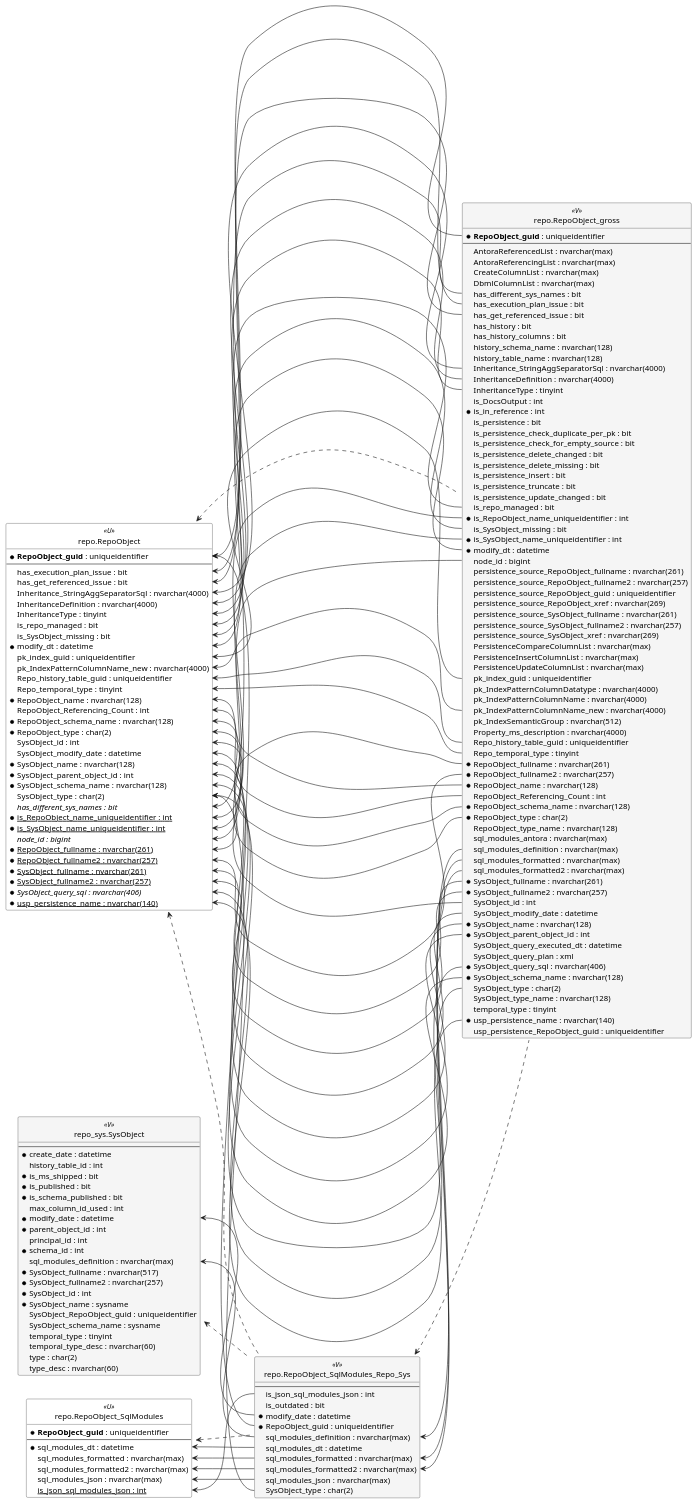
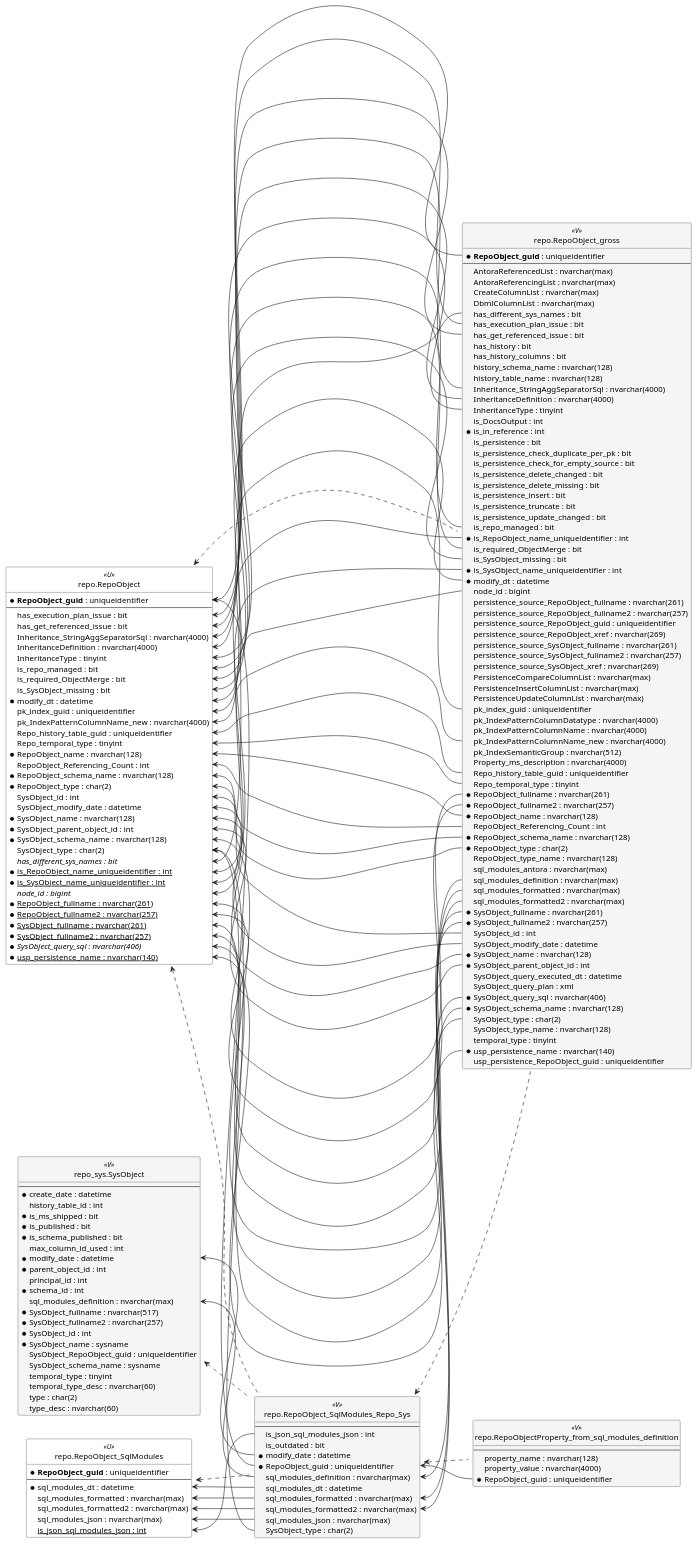
The diagram in docs/modules/sqldb/partials/puml/entity_1_1_colref/repo.RepoObject_SqlModules_Repo_Sys.puml (DataHandwerk/dhw-antora-docs), drawn with PlantUML before and after one commit. The commit also changed 2449 other files, not shown here.

```diff
--- a/docs/modules/sqldb/partials/puml/entity_1_1_colref/repo.RepoObject_SqlModules_Repo_Sys.puml
+++ b/docs/modules/sqldb/partials/puml/entity_1_1_colref/repo.RepoObject_SqlModules_Repo_Sys.puml
@@ -32,6 +32,7 @@
   InheritanceDefinition : nvarchar(4000)
   InheritanceType : tinyint
   is_repo_managed : bit
+  is_required_ObjectMerge : bit
   is_SysObject_missing : bit
   * modify_dt : datetime
   pk_index_guid : uniqueidentifier
@@ -89,6 +90,7 @@
   is_persistence_update_changed : bit
   is_repo_managed : bit
   * is_RepoObject_name_uniqueidentifier : int
+  is_required_ObjectMerge : bit
   is_SysObject_missing : bit
   * is_SysObject_name_uniqueidentifier : int
   * modify_dt : datetime
@@ -163,6 +165,13 @@
   SysObject_type : char(2)
 }
 
+entity repo.RepoObjectProperty_from_sql_modules_definition << V >> {
+  --
+  property_name : nvarchar(128)
+  property_value : nvarchar(4000)
+  * RepoObject_guid : uniqueidentifier
+}
+
 entity repo_sys.SysObject << V >> {
   --
   * create_date : datetime
@@ -192,6 +201,7 @@
 repo.RepoObject <.. repo.RepoObject_gross
 repo.RepoObject_SqlModules <.. repo.RepoObject_SqlModules_Repo_Sys
 repo.RepoObject_SqlModules_Repo_Sys <.. repo.RepoObject_gross
+repo.RepoObject_SqlModules_Repo_Sys <.. repo.RepoObjectProperty_from_sql_modules_definition
 repo_sys.SysObject <.. repo.RepoObject_SqlModules_Repo_Sys
 repo.RepoObject::has_different_sys_names <-- repo.RepoObject_gross::has_different_sys_names
 repo.RepoObject::has_execution_plan_issue <-- repo.RepoObject_gross::has_execution_plan_issue
@@ -201,6 +211,7 @@
 repo.RepoObject::InheritanceType <-- repo.RepoObject_gross::InheritanceType
 repo.RepoObject::is_repo_managed <-- repo.RepoObject_gross::is_repo_managed
 repo.RepoObject::is_RepoObject_name_uniqueidentifier <-- repo.RepoObject_gross::is_RepoObject_name_uniqueidentifier
+repo.RepoObject::is_required_ObjectMerge <-- repo.RepoObject_gross::is_required_ObjectMerge
 repo.RepoObject::is_SysObject_missing <-- repo.RepoObject_gross::is_SysObject_missing
 repo.RepoObject::is_SysObject_name_uniqueidentifier <-- repo.RepoObject_gross::is_SysObject_name_uniqueidentifier
 repo.RepoObject::modify_dt <-- repo.RepoObject_gross::modify_dt
@@ -233,6 +244,7 @@
 repo.RepoObject_SqlModules::sql_modules_formatted <-- repo.RepoObject_SqlModules_Repo_Sys::sql_modules_formatted
 repo.RepoObject_SqlModules::sql_modules_formatted2 <-- repo.RepoObject_SqlModules_Repo_Sys::sql_modules_formatted2
 repo.RepoObject_SqlModules::sql_modules_json <-- repo.RepoObject_SqlModules_Repo_Sys::sql_modules_json
+repo.RepoObject_SqlModules_Repo_Sys::RepoObject_guid <-- repo.RepoObjectProperty_from_sql_modules_definition::RepoObject_guid
 repo.RepoObject_SqlModules_Repo_Sys::sql_modules_definition <-- repo.RepoObject_gross::sql_modules_definition
 repo.RepoObject_SqlModules_Repo_Sys::sql_modules_formatted <-- repo.RepoObject_gross::sql_modules_formatted
 repo.RepoObject_SqlModules_Repo_Sys::sql_modules_formatted2 <-- repo.RepoObject_gross::sql_modules_formatted2
```
